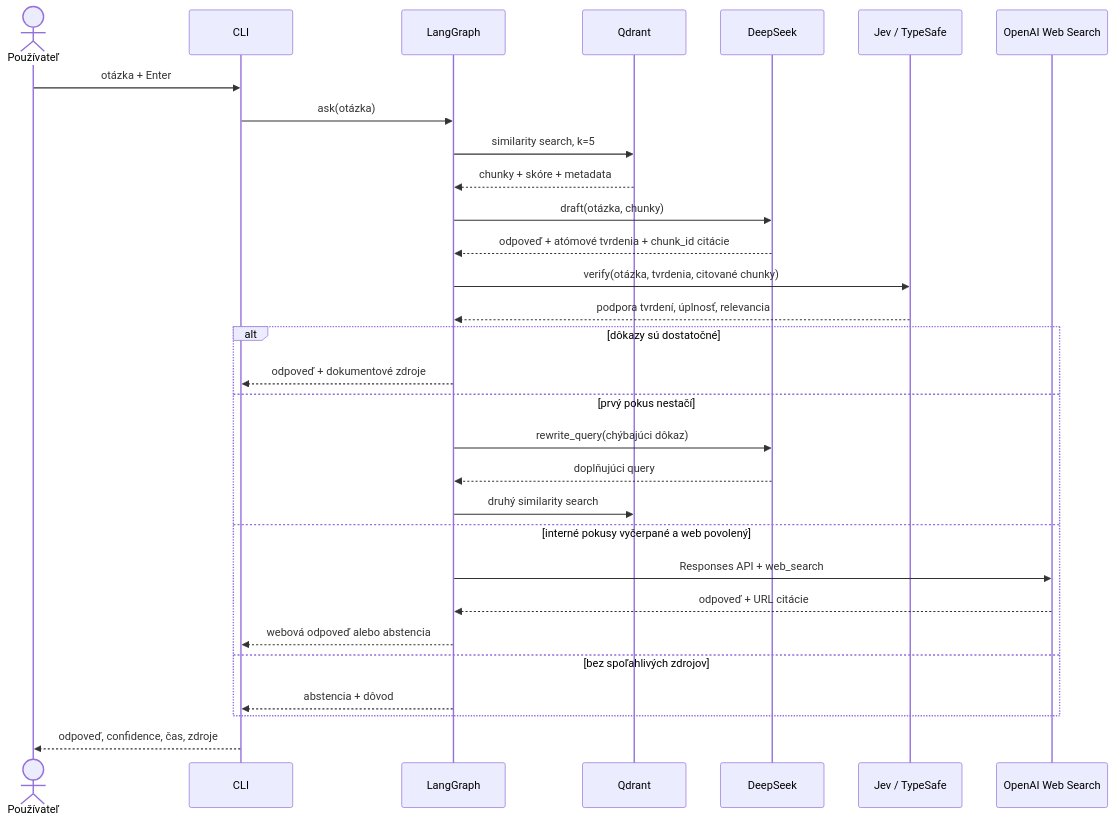
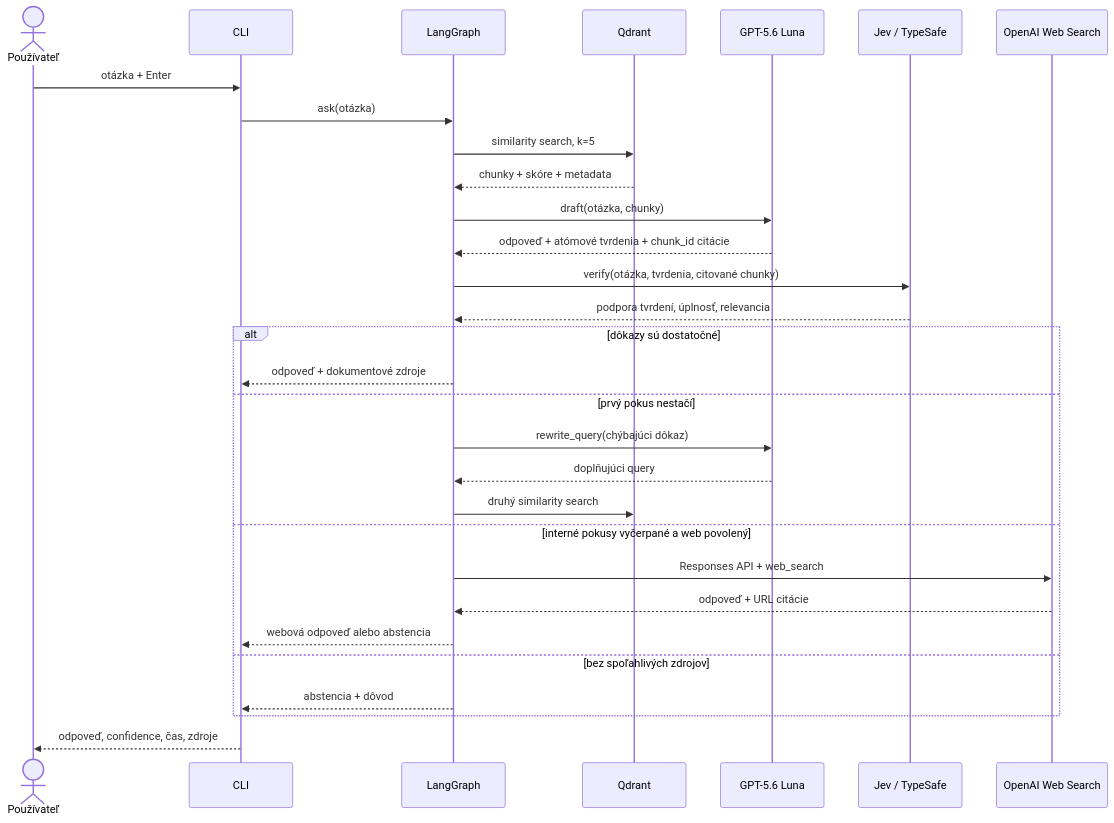
One commit to samuelbagin1/doc-ai-assistent changed the second of 4 diagrams in docs/ARCHITECTURE.md. Above: the diagram before and after it, drawn with Mermaid. The commit also changed other lines of this file, not shown here.

Commit message:
feat: show OpenAI answer model architecture ARCHITECTURE.md

````diff
--- a/docs/ARCHITECTURE.md
+++ b/docs/ARCHITECTURE.md
@@ -74,33 +74,33 @@
 ```mermaid
 sequenceDiagram
     actor U as Používateľ
     participant C as CLI
     participant G as LangGraph
     participant Q as Qdrant
-    participant D as DeepSeek
+    participant D as GPT-5.6 Luna
     participant J as Jev / TypeSafe
     participant W as OpenAI Web Search
 
     U->>C: otázka + Enter
     C->>G: ask(otázka)
     G->>Q: similarity search, k=5
     Q-->>G: chunky + skóre + metadata
     G->>D: draft(otázka, chunky)
     D-->>G: odpoveď + atómové tvrdenia + chunk_id citácie
     G->>J: verify(otázka, tvrdenia, citované chunky)
     J-->>G: podpora tvrdení, úplnosť, relevancia
     alt dôkazy sú dostatočné
         G-->>C: odpoveď + dokumentové zdroje
     else prvý pokus nestačí
         G->>D: rewrite_query(chýbajúci dôkaz)
         D-->>G: doplňujúci query
         G->>Q: druhý similarity search
     else interné pokusy vyčerpané a web povolený
         G->>W: Responses API + web_search
         W-->>G: odpoveď + URL citácie
         G-->>C: webová odpoveď alebo abstencia
     else bez spoľahlivých zdrojov
         G-->>C: abstencia + dôvod
     end
     C-->>U: odpoveď, confidence, čas, zdroje
 ```
````
